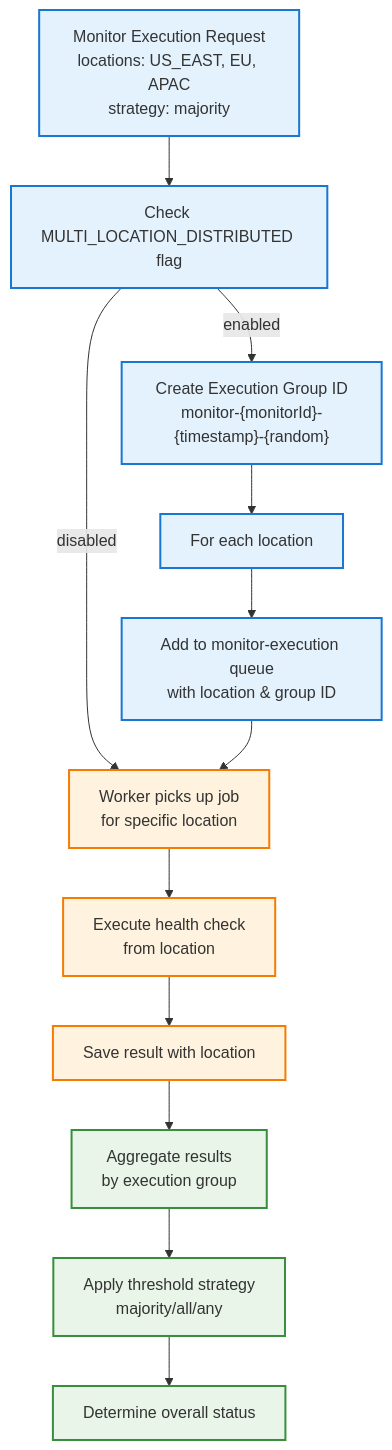
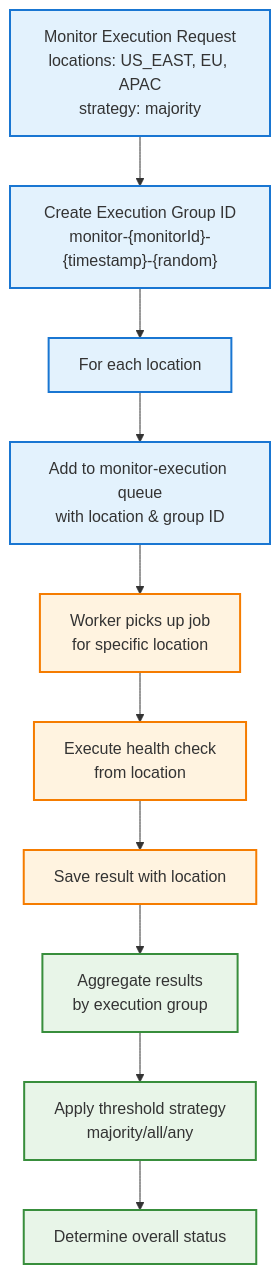
One commit to supercheck-io/supercheck changed diagram 14 of 24 in specs/03-execution/EXECUTION_SYSTEM.md. Above: the diagram before and after it, drawn with Mermaid. The commit also changed other lines of this file and 47 other files, not shown here.

````diff
--- a/specs/03-execution/EXECUTION_SYSTEM.md
+++ b/specs/03-execution/EXECUTION_SYSTEM.md
@@ -862,34 +862,31 @@
 ```mermaid
 graph TB
     A["Monitor Execution Request<br/>locations: US_EAST, EU, APAC<br/>strategy: majority"]
-    B["Check MULTI_LOCATION_DISTRIBUTED flag"]
     C["Create Execution Group ID<br/>monitor-{monitorId}-{timestamp}-{random}"]
     D["For each location"]
     E["Add to monitor-execution queue<br/>with location & group ID"]
     F["Worker picks up job<br/>for specific location"]
     G["Execute health check<br/>from location"]
     H["Save result with location"]
     I["Aggregate results<br/>by execution group"]
     J["Apply threshold strategy<br/>majority/all/any"]
     K["Determine overall status"]
 
-    A --> B
-    B -->|enabled| C
-    B -->|disabled| F
+    A --> C
     C --> D
     D --> E
     E --> F
     F --> G
     G --> H
     H --> I
     I --> J
     J --> K
 
     classDef config fill:#e3f2fd,stroke:#1976d2,stroke-width:2px
     classDef execution fill:#fff3e0,stroke:#f57c00,stroke-width:2px
     classDef aggregation fill:#e8f5e8,stroke:#388e3c,stroke-width:2px
 
     class A,B,C,D,E config
     class F,G,H execution
     class I,J,K aggregation
 ```
````
